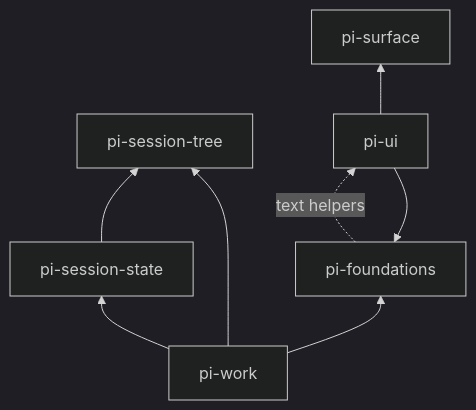
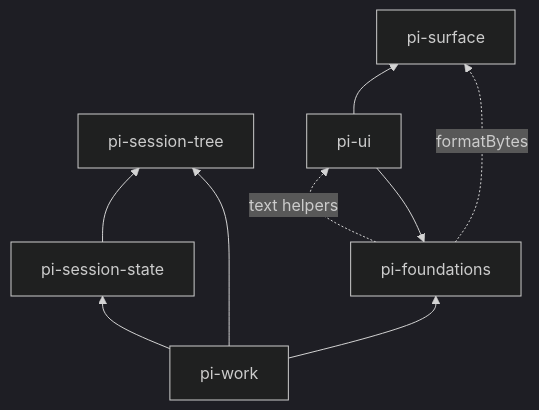
The third of 3 diagrams in README.md (zacheryph/pi), drawn with Mermaid (dark theme) before and after one commit. The commit also changed other lines of this file and 2 other files, not shown here.

First line of the commit message:
docs: record pi-foundations' import of pi-surface in the root README

````diff
--- a/README.md
+++ b/README.md
@@ -176,16 +176,17 @@
 ```mermaid
 flowchart BT
   surface[pi-surface]
   tree[pi-session-tree]
   foundations[pi-foundations]
   ui[pi-ui]
   state[pi-session-state]
   work[pi-work]
   ui --> surface
   ui --> foundations
   foundations -. "text helpers" .-> ui
+  foundations -. "formatBytes" .-> surface
   state --> tree
   work --> state
   work --> tree
   work --> foundations
 ```
````
